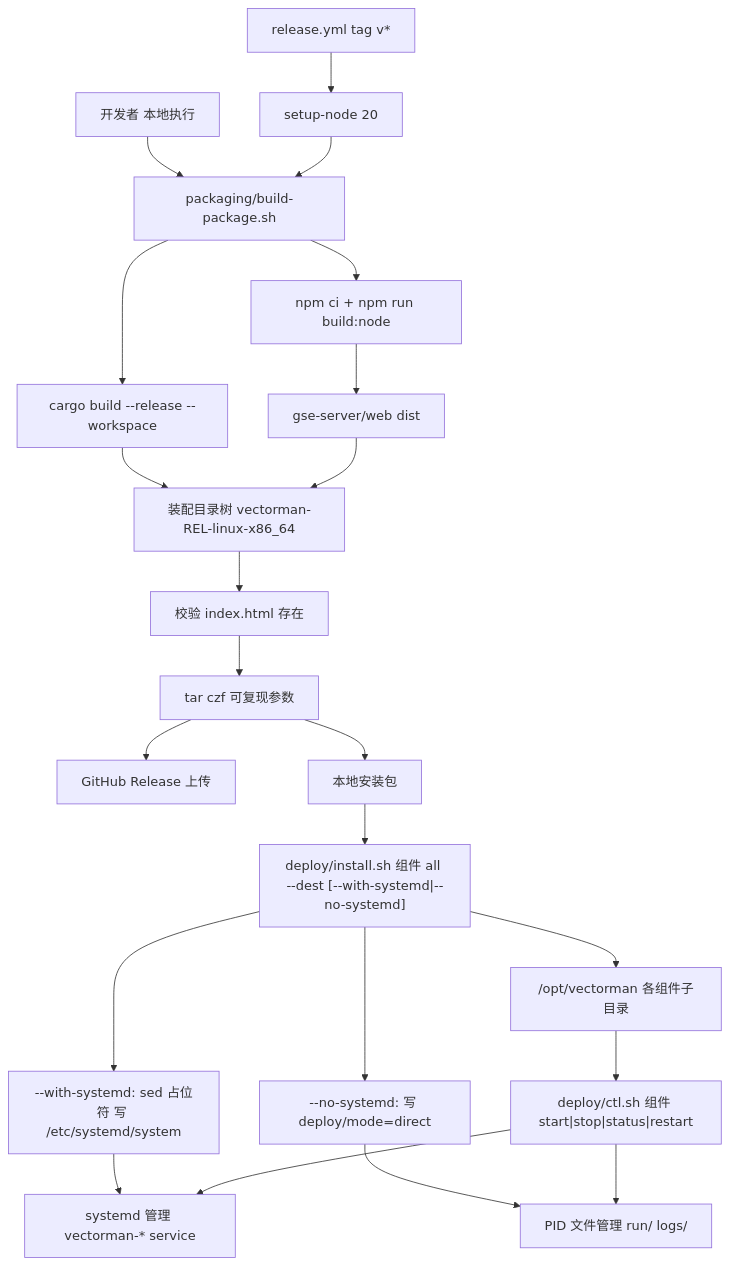
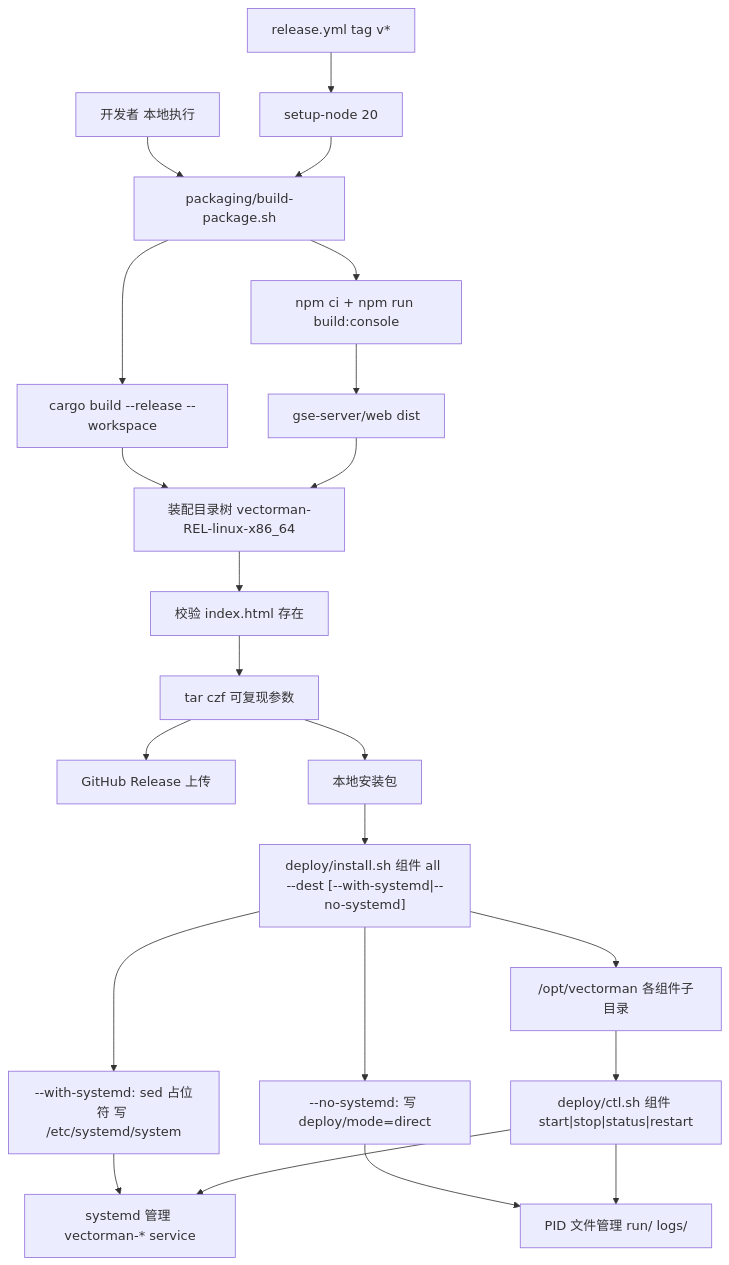
One commit to abrance/vectorman changed the diagram in .monkeycode/specs/deploy-packaging/design.md. Above: the diagram before and after it, drawn with Mermaid. The commit also changed other lines of this file and 84 other files, not shown here.

````diff
--- a/.monkeycode/specs/deploy-packaging/design.md
+++ b/.monkeycode/specs/deploy-packaging/design.md
@@ -12,24 +12,24 @@
 ```mermaid
 graph TD
     DEV["开发者 本地执行"] --> BP["packaging/build-package.sh"]
     CI["release.yml tag v*"] --> NODE["setup-node 20"]
     NODE --> BP
     BP --> CARGO["cargo build --release --workspace"]
-    BP --> NPM["npm ci + npm run build:node"]
+    BP --> NPM["npm ci + npm run build:console"]
     CARGO --> TREE["装配目录树 vectorman-REL-linux-x86_64"]
     NPM --> WEBD["gse-server/web dist"]
     WEBD --> TREE
     TREE --> VERIFY["校验 index.html 存在"]
     VERIFY --> TAR["tar czf 可复现参数"]
     TAR --> GH["GitHub Release 上传"]
     TAR --> LOCALPKG["本地安装包"]
     LOCALPKG --> INST["deploy/install.sh 组件 all --dest [--with-systemd|--no-systemd]"]
     INST --> ROOT["/opt/vectorman 各组件子目录"]
     INST --> UNITD["--with-systemd: sed 占位符 写 /etc/systemd/system"]
     INST --> MODE["--no-systemd: 写 deploy/mode=direct"]
     ROOT --> CTL["deploy/ctl.sh 组件 start|stop|status|restart"]
     UNITD --> SYSD["systemd 管理 vectorman-* service"]
     MODE --> DIRECT["PID 文件管理 run/ logs/"]
     CTL --> SYSD
     CTL --> DIRECT
 ```
````
